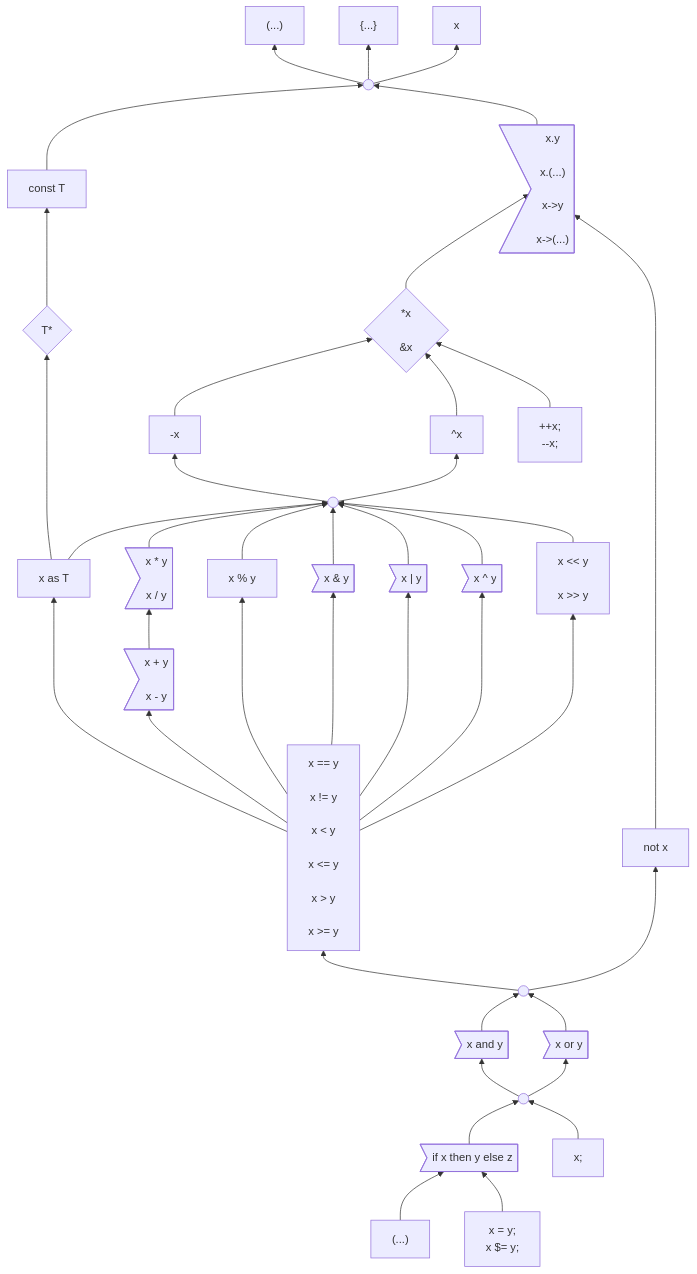
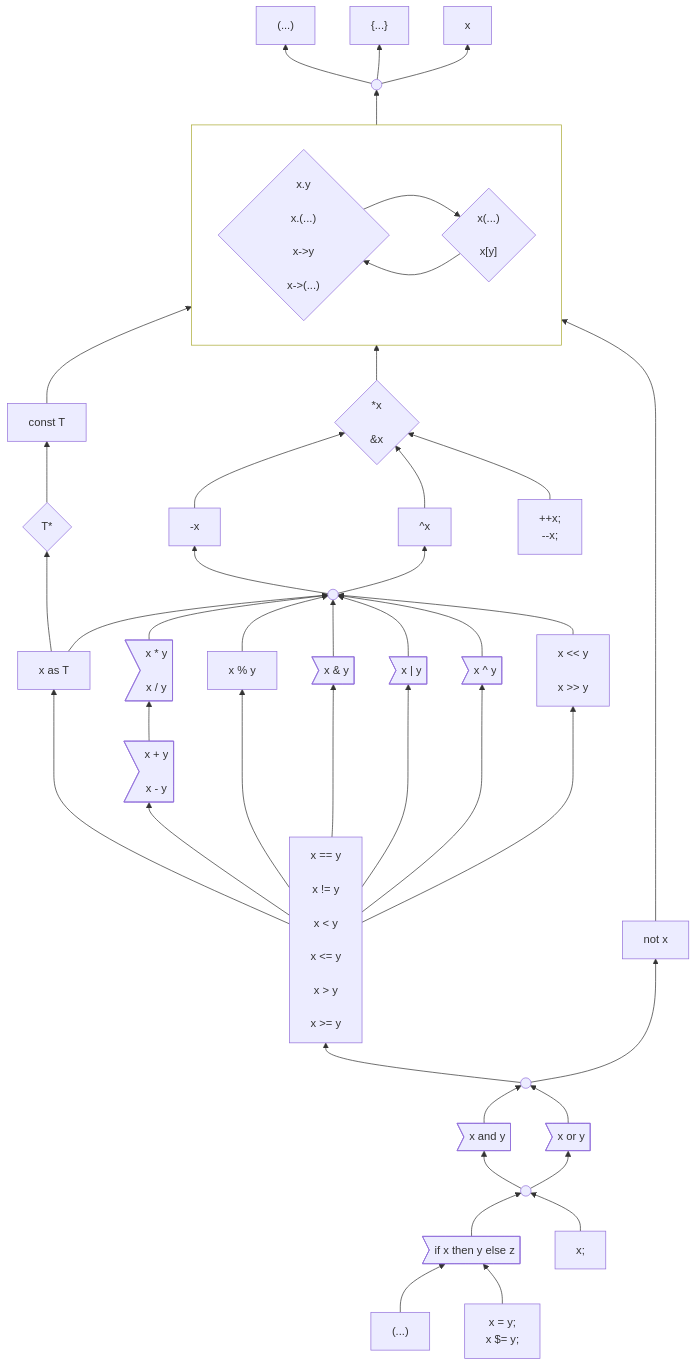
Before and after one commit to carbon-language/carbon-lang: the first of 3 diagrams in docs/design/expressions/README.md, drawn with Mermaid. The commit also changed other lines of this file, not shown here.

Commit message:
Include function call and subscripting/indexing in the operator list and precedence chart (#4052)

```diff
--- a/docs/design/expressions/README.md
+++ b/docs/design/expressions/README.md
@@ -63,11 +63,19 @@
 
     top((" "))
 
-    memberAccess>"x.y<br>
+subgraph memberCallIndex[" "]
+    direction LR
+    memberAccess{"x.y<br>
                   x.(...)<br>
                   x->y<br>
-                  x->(...)"]
+                  x->(...)"}
     click memberAccess "https://github.com/carbon-language/carbon-lang/blob/trunk/docs/design/expressions/member_access.md"
+
+    callAndIndexing{"x(...)<br>
+                     x[y]"}
+    click callAndIndexing "https://github.com/carbon-language/carbon-lang/blob/trunk/docs/design/expressions/indexing.md"
+end
+style memberCallIndex fill:none
 
     constType["const T"]
     click pointer-type "https://github.com/carbon-language/carbon-lang/blob/trunk/docs/design/expressions/type_operators.md"
@@ -148,16 +156,20 @@
 
     top --> parens & braces & unqualifiedName
 
-    constType --> top
+    memberCallIndex --> top
+
+    callAndIndexing --> memberAccess
+    memberAccess --> callAndIndexing
+
+    constType --> memberCallIndex
     pointerType --> constType
     as --> pointerType
 
-    memberAccess --> top
-    pointer --> memberAccess
+    pointer --> memberCallIndex
     negation & complement & incDec --> pointer
     unary --> negation & complement
     %% Use a longer arrow here to put `not` next to `and` and `or`.
-    not -------> memberAccess
+    not -------> memberCallIndex
     as & multiplication & modulo & bitwise_and & bitwise_or & bitwise_xor & shift --> unary
     addition --> multiplication
     comparison --> as & addition & modulo & bitwise_and & bitwise_or & bitwise_xor & shift
```
